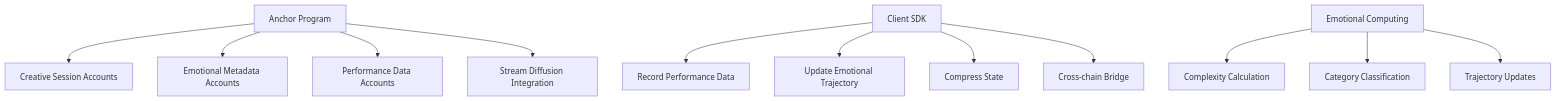
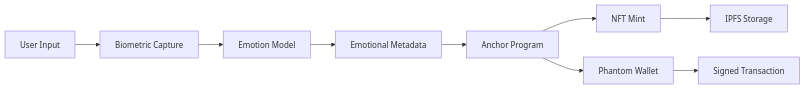
The first of 2 diagrams in README.md (compiling-org/solana-emotional-metadata), drawn with Mermaid before and after one commit. The commit also changed other lines of this file, not shown here.

````diff
--- a/README.md
+++ b/README.md
@@ -14,16 +82,11 @@
 ```mermaid
-graph TD
-    A[Anchor Program] --> B[Creative Session Accounts]
-    A --> C[Emotional Metadata Accounts]
-    A --> D[Performance Data Accounts]
-    A --> E[Stream Diffusion Integration]
-    
-    F[Client SDK] --> G[Record Performance Data]
-    F --> H[Update Emotional Trajectory]
-    F --> I[Compress State]
-    F --> J[Cross-chain Bridge]
-    
-    K[Emotional Computing] --> L[Complexity Calculation]
-    K --> M[Category Classification]
-    K --> N[Trajectory Updates]
+graph LR
+    U[User Input] --> BIOMETRIC[Biometric Capture]
+    BIOMETRIC --> AI[Emotion Model]
+    AI --> META[Emotional Metadata]
+    META --> PROGRAM[Anchor Program]
+    PROGRAM --> NFT[NFT Mint]
+    NFT --> IPFS[IPFS Storage]
+    PROGRAM --> WALLET[Phantom Wallet]
+    WALLET --> TX[Signed Transaction]
 ```
````
